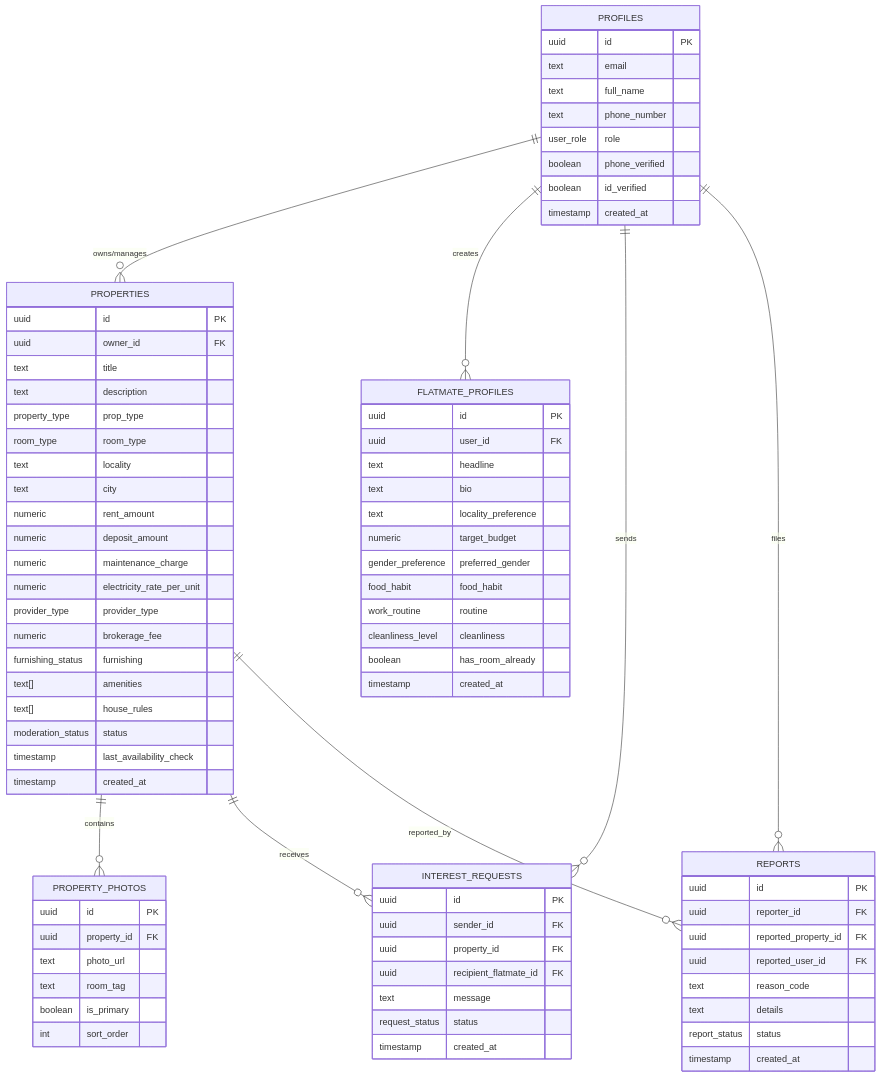
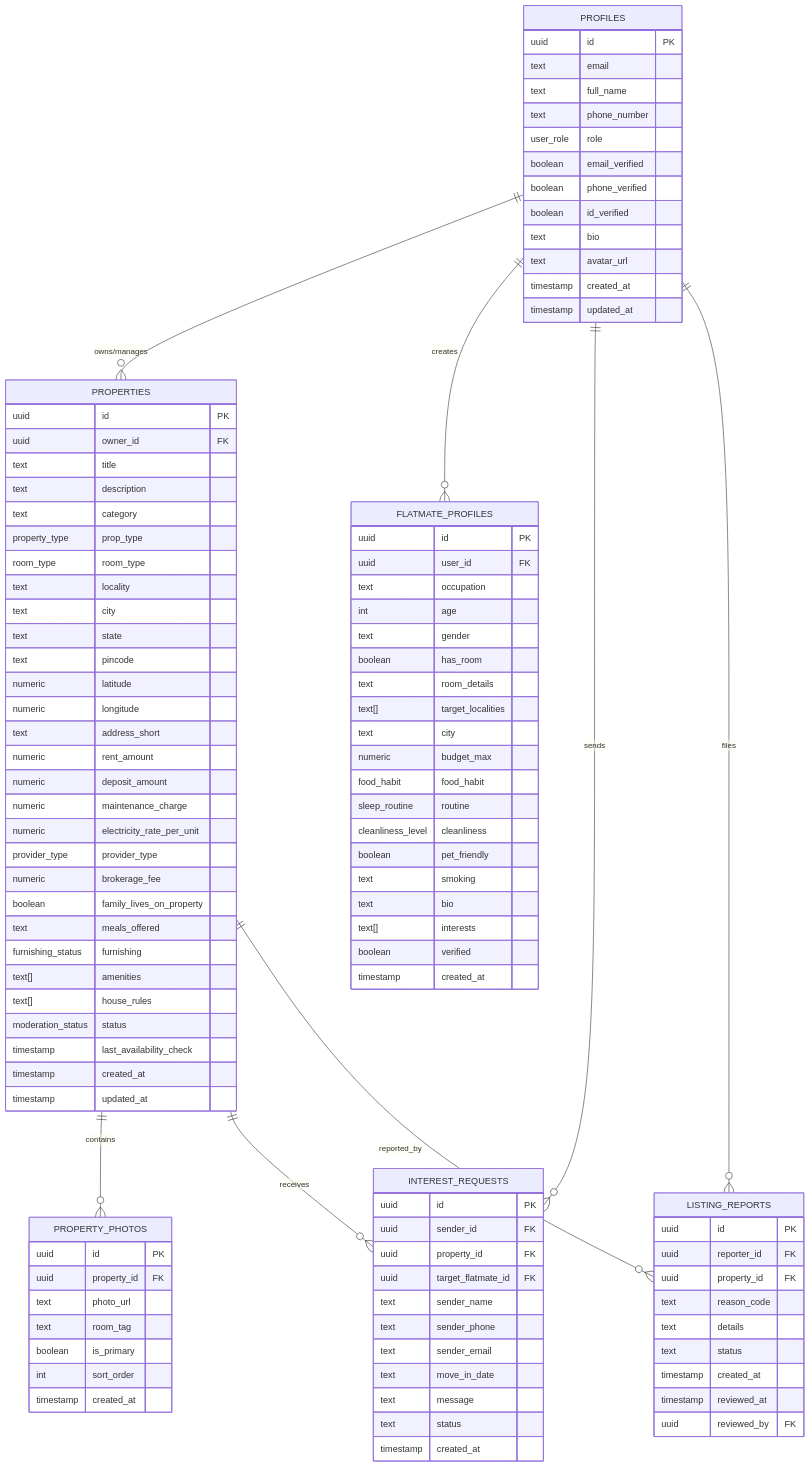
One commit to Ar10Ansari/aashvo changed the diagram in docs/DATABASE_DESIGN.md. Above: the diagram before and after it, drawn with Mermaid. The commit also changed other lines of this file and 59 other files, not shown here.

````diff
--- a/docs/DATABASE_DESIGN.md
+++ b/docs/DATABASE_DESIGN.md
@@ -13,10 +14,10 @@
     PROFILES ||--o{ PROPERTIES : "owns/manages"
     PROFILES ||--o{ FLATMATE_PROFILES : "creates"
     PROFILES ||--o{ INTEREST_REQUESTS : "sends"
-    PROFILES ||--o{ REPORTS : "files"
+    PROFILES ||--o{ LISTING_REPORTS : "files"
     PROPERTIES ||--o{ PROPERTY_PHOTOS : "contains"
     PROPERTIES ||--o{ INTEREST_REQUESTS : "receives"
-    PROPERTIES ||--o{ REPORTS : "reported_by"
+    PROPERTIES ||--o{ LISTING_REPORTS : "reported_by"
     
     PROFILES {
         uuid id PK
@@ -24,9 +25,13 @@
         text full_name
         text phone_number
         user_role role
+        boolean email_verified
         boolean phone_verified
         boolean id_verified
+        text bio
+        text avatar_url
         timestamp created_at
+        timestamp updated_at
     }
 
     PROPERTIES {
@@ -34,22 +39,31 @@
         uuid owner_id FK
         text title
         text description
+        text category
         property_type prop_type
         room_type room_type
         text locality
         text city
+        text state
+        text pincode
+        numeric latitude
+        numeric longitude
+        text address_short
         numeric rent_amount
         numeric deposit_amount
         numeric maintenance_charge
         numeric electricity_rate_per_unit
         provider_type provider_type
         numeric brokerage_fee
+        boolean family_lives_on_property
+        text meals_offered
         furnishing_status furnishing
         text[] amenities
         text[] house_rules
         moderation_status status
         timestamp last_availability_check
         timestamp created_at
+        timestamp updated_at
     }
 
     PROPERTY_PHOTOS {
@@ -59,20 +73,28 @@
         text room_tag
         boolean is_primary
         int sort_order
+        timestamp created_at
     }
 
     FLATMATE_PROFILES {
         uuid id PK
         uuid user_id FK
-        text headline
+        text occupation
+        int age
+        text gender
+        boolean has_room
+        text room_details
+        text[] target_localities
+        text city
+        numeric budget_max
+        food_habit food_habit
+        sleep_routine routine
+        cleanliness_level cleanliness
+        boolean pet_friendly
+        text smoking
         text bio
-        text locality_preference
-        numeric target_budget
-        gender_preference preferred_gender
-        food_habit food_habit
-        work_routine routine
-        cleanliness_level cleanliness
-        boolean has_room_already
+        text[] interests
+        boolean verified
         timestamp created_at
     }
 
@@ -80,20 +102,25 @@
         uuid id PK
         uuid sender_id FK
         uuid property_id FK
-        uuid recipient_flatmate_id FK
+        uuid target_flatmate_id FK
+        text sender_name
+        text sender_phone
+        text sender_email
+        text move_in_date
         text message
-        request_status status
+        text status
         timestamp created_at
     }
 
-    REPORTS {
+    LISTING_REPORTS {
         uuid id PK
         uuid reporter_id FK
-        uuid reported_property_id FK
-        uuid reported_user_id FK
+        uuid property_id FK
         text reason_code
         text details
-        report_status status
+        text status
         timestamp created_at
+        timestamp reviewed_at
+        uuid reviewed_by FK
     }
 ```
````
